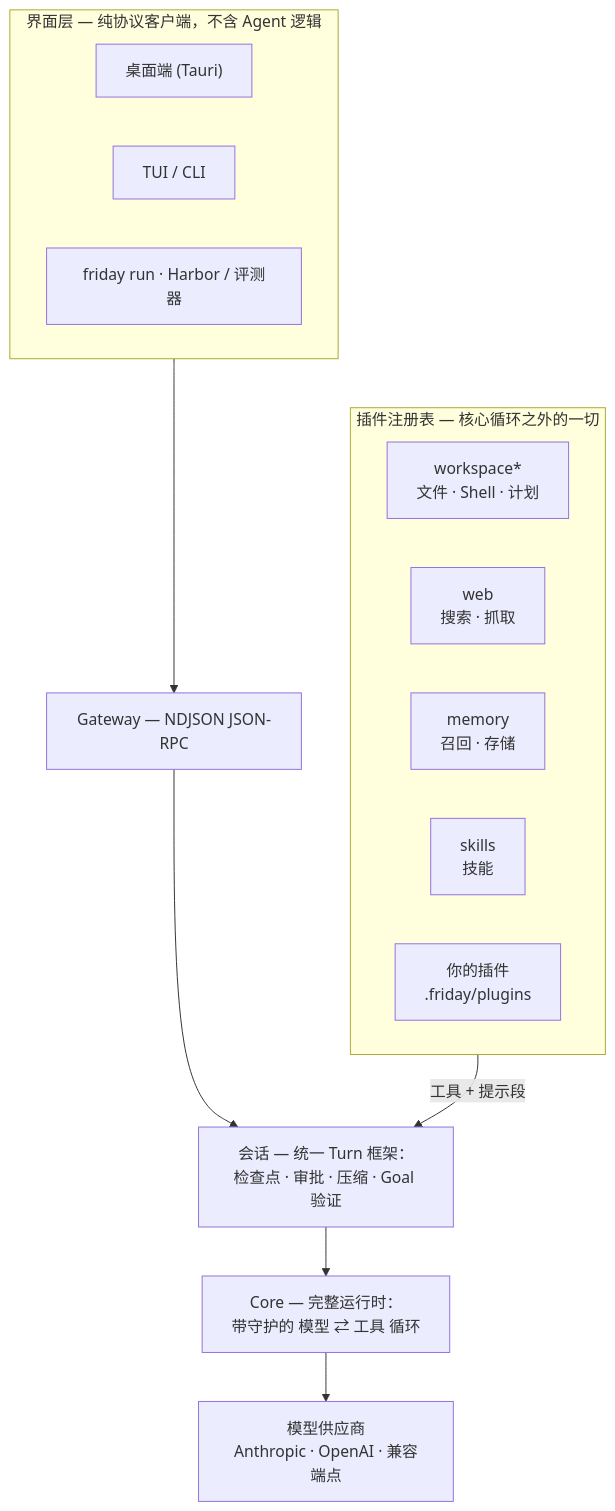
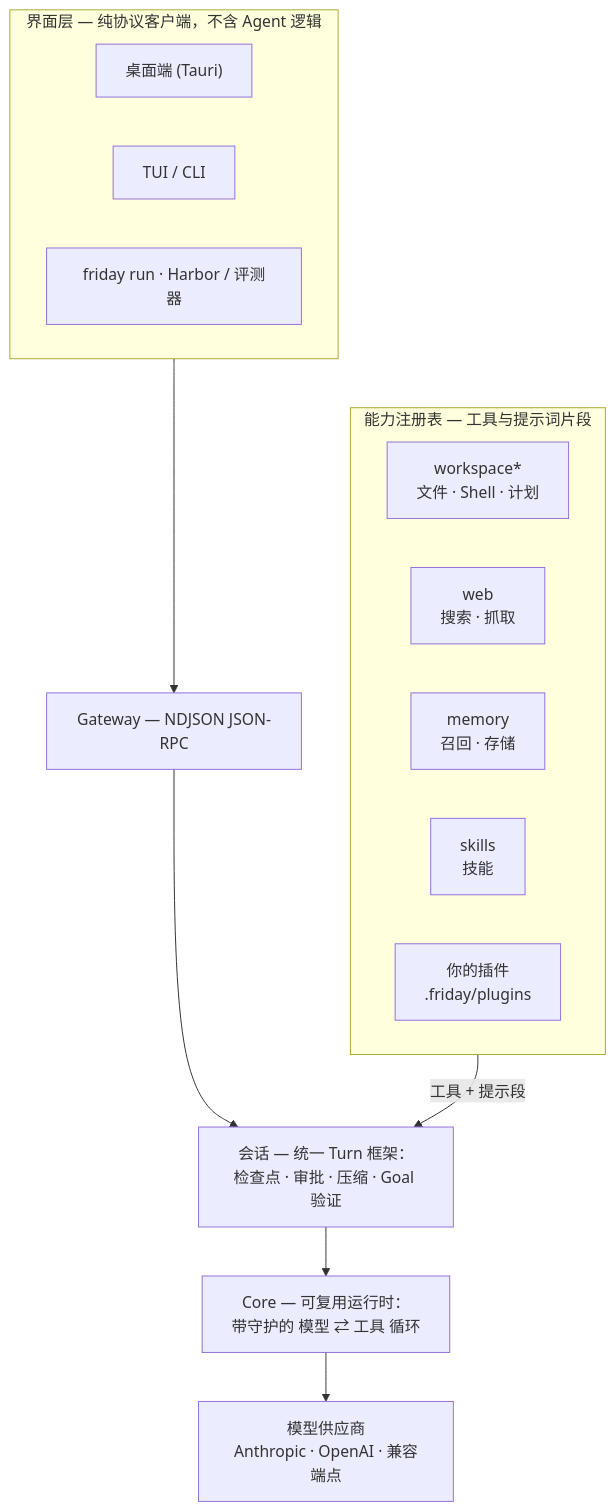
The diagram in README.zh-CN.md (Lancetwang/friday), drawn with Mermaid before and after one commit. The commit also changed other lines of this file and 13 other files, not shown here.

````diff
--- a/README.zh-CN.md
+++ b/README.zh-CN.md
@@ -110,22 +110,22 @@
 ```mermaid
 flowchart TB
     subgraph Surfaces["界面层 — 纯协议客户端，不含 Agent 逻辑"]
         direction LR
         Desktop["桌面端 (Tauri)"]
         TUI["TUI / CLI"]
         Headless["friday run · Harbor / 评测器"]
     end
     Surfaces --> Gateway["Gateway — NDJSON JSON-RPC"]
     Gateway --> Session["会话 — 统一 Turn 框架：<br/>检查点 · 审批 · 压缩 · Goal 验证"]
-    subgraph Registry["插件注册表 — 核心循环之外的一切"]
+    subgraph Registry["能力注册表 — 工具与提示词片段"]
         direction LR
         Workspace["workspace*<br/>文件 · Shell · 计划"]
         Web["web<br/>搜索 · 抓取"]
         Memory["memory<br/>召回 · 存储"]
         Skills["skills<br/>技能"]
         External["你的插件<br/>.friday/plugins"]
     end
     Registry -- "工具 + 提示段" --> Session
-    Session --> Core["Core — 完整运行时：<br/>带守护的 模型 ⇄ 工具 循环"]
+    Session --> Core["Core — 可复用运行时：<br/>带守护的 模型 ⇄ 工具 循环"]
     Core --> Providers["模型供应商<br/>Anthropic · OpenAI · 兼容端点"]
 ```
````
